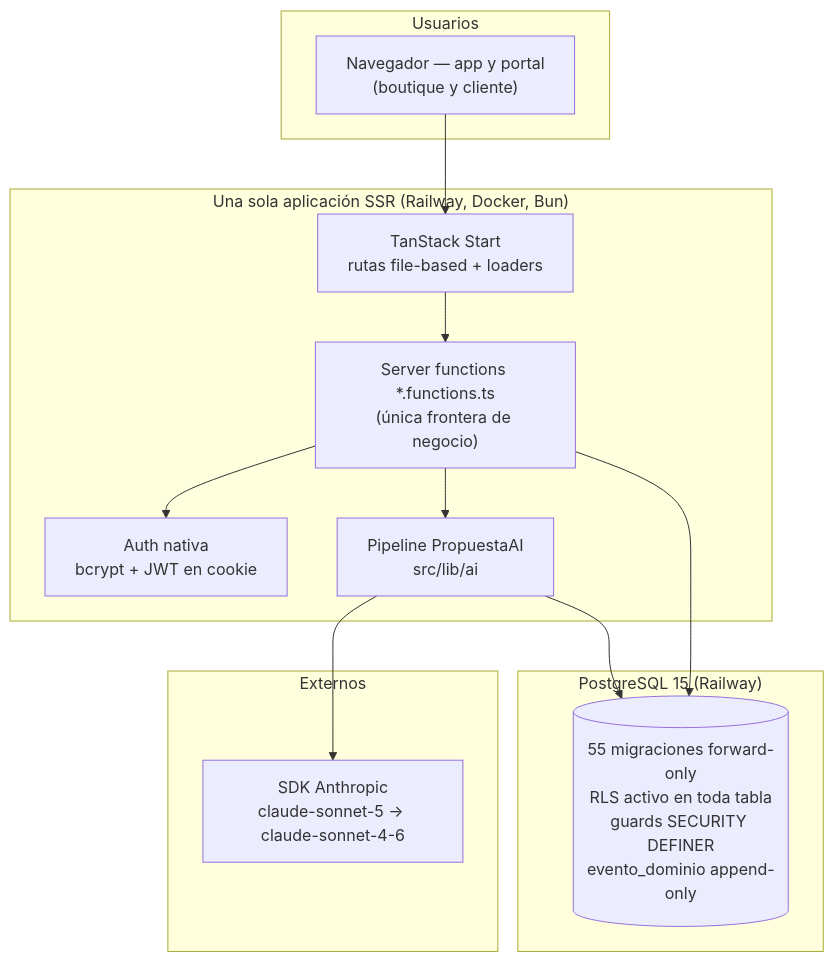
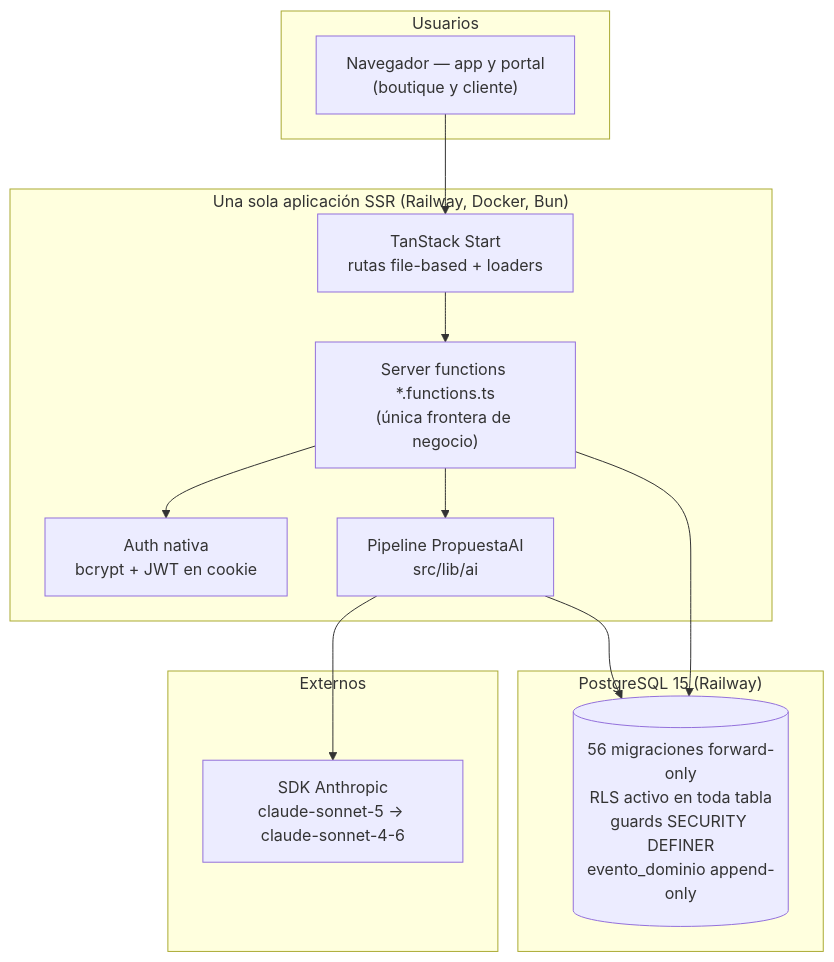
The second of 4 diagrams in docs/DESIGNIO-COMPLETE.md (jtrujillo-ws/designio-app), drawn with Mermaid before and after one commit. The commit also changed other lines of this file, not shown here.

````diff
--- a/docs/DESIGNIO-COMPLETE.md
+++ b/docs/DESIGNIO-COMPLETE.md
@@ -211,22 +212,22 @@
 ```mermaid
 flowchart TD
   subgraph Usuarios
     B["Navegador — app y portal<br/>(boutique y cliente)"]
   end
   subgraph App["Una sola aplicación SSR (Railway, Docker, Bun)"]
     R["TanStack Start<br/>rutas file-based + loaders"]
     SF["Server functions *.functions.ts<br/>(única frontera de negocio)"]
     AUTH["Auth nativa<br/>bcrypt + JWT en cookie"]
     AI["Pipeline PropuestaAI<br/>src/lib/ai"]
   end
   subgraph Datos["PostgreSQL 15 (Railway)"]
-    PG[("55 migraciones forward-only<br/>RLS activo en toda tabla<br/>guards SECURITY DEFINER<br/>evento_dominio append-only")]
+    PG[("56 migraciones forward-only<br/>RLS activo en toda tabla<br/>guards SECURITY DEFINER<br/>evento_dominio append-only")]
   end
   subgraph Ext["Externos"]
     LLM["SDK Anthropic<br/>claude-sonnet-5 → claude-sonnet-4-6"]
   end
   B --> R --> SF --> PG
   SF --> AUTH
   SF --> AI --> LLM
   AI --> PG
 ```
````
